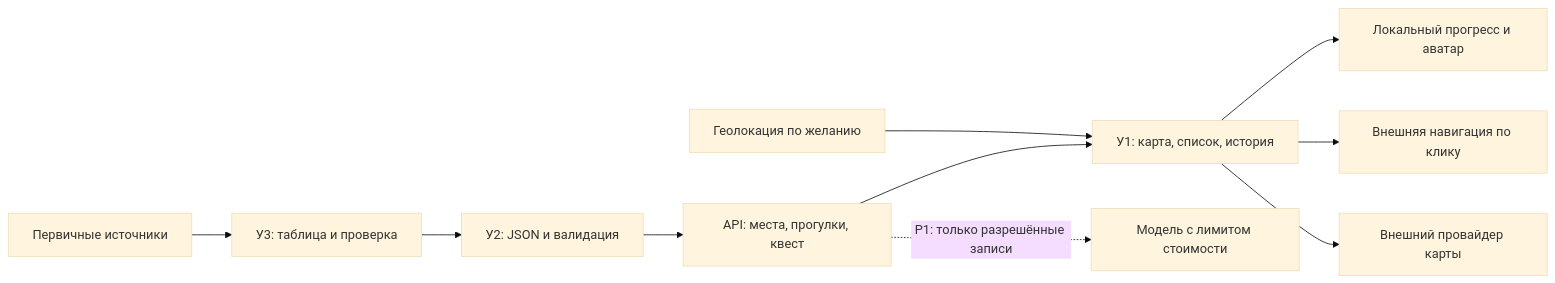
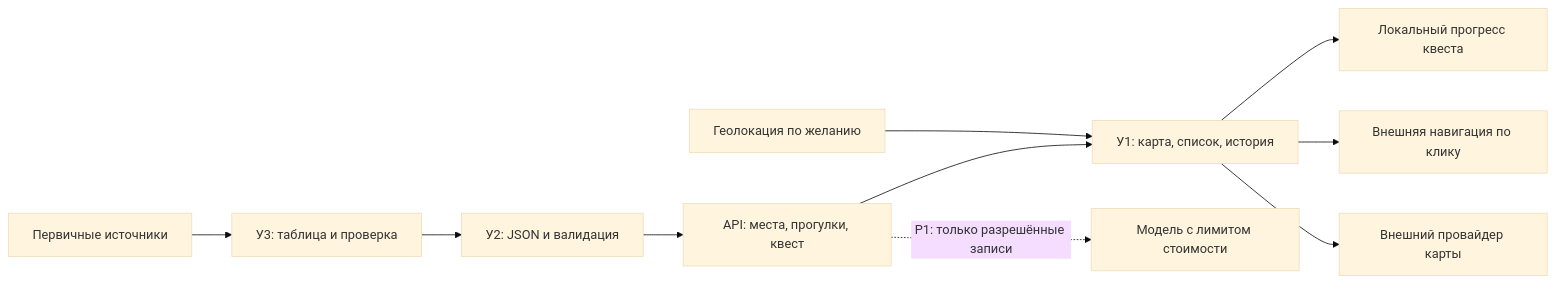
The diagram in docs/ARCHITECTURE.md (dav-snow/svoi-vladik), drawn with Mermaid (base theme) before and after one commit. The commit also changed other lines of this file and 22 other files, not shown here.

````diff
--- a/docs/ARCHITECTURE.md
+++ b/docs/ARCHITECTURE.md
@@ -22,12 +22,12 @@
 ```mermaid
 flowchart LR
     S[Первичные источники] --> C[У3: таблица и проверка]
     C --> D[У2: JSON и валидация]
     D --> A[API: места, прогулки, квест]
     A --> UI[У1: карта, список, история]
     GPS[Геолокация по желанию] --> UI
-    UI --> LS[Локальный прогресс и аватар]
+    UI --> LS[Локальный прогресс квеста]
     UI --> N[Внешняя навигация по клику]
     UI --> T[Внешний провайдер карты]
     A -. P1: только разрешённые записи .-> AI[Модель с лимитом стоимости]
 ```
````
